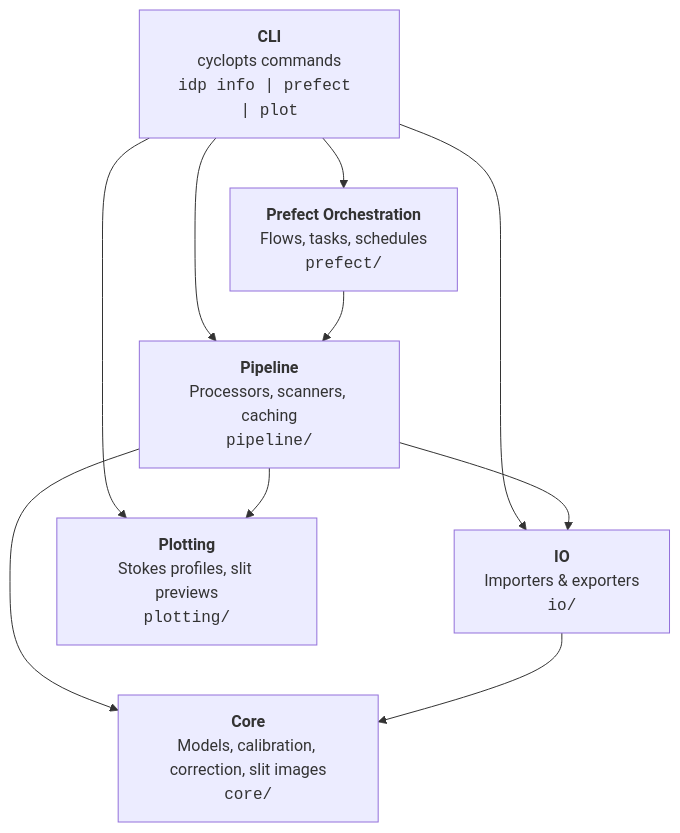
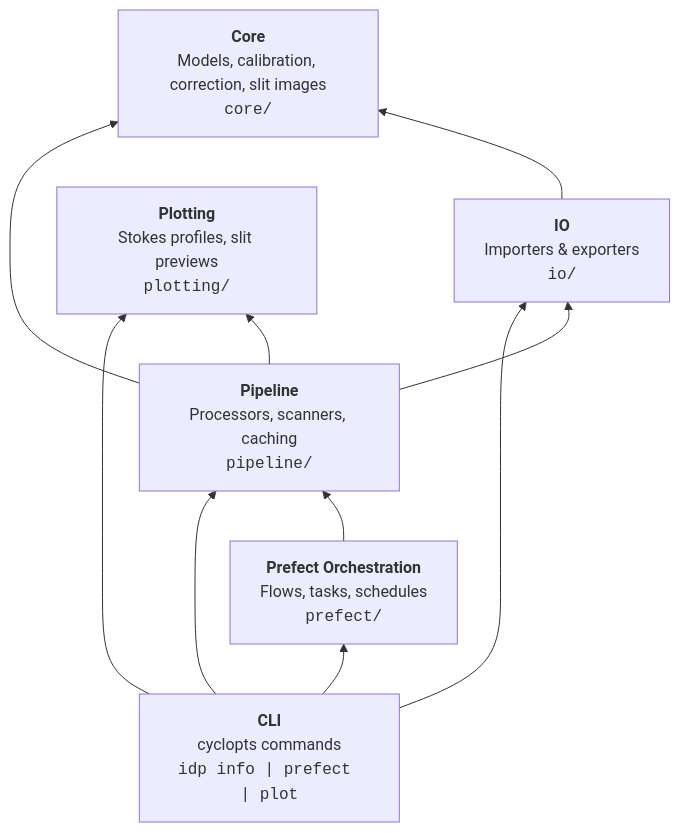
One commit to cdeldon/irsol-data-pipeline changed the first of 2 diagrams in docs/overview/architecture.md. Above: the diagram before and after it, drawn with Mermaid. The commit also changed other lines of this file and 10 other files, not shown here.

````diff
--- a/docs/overview/architecture.md
+++ b/docs/overview/architecture.md
@@ -9,19 +9,19 @@
 ```mermaid
-flowchart TB
+flowchart BT
     CLI["<b>CLI</b><br/>cyclopts commands<br/><code>idp info | prefect | plot</code>"]
     PREFECT["<b>Prefect Orchestration</b><br/>Flows, tasks, schedules<br/><code>prefect/</code>"]
     PIPELINE["<b>Pipeline</b><br/>Processors, scanners, caching<br/><code>pipeline/</code>"]
     IO["<b>IO</b><br/>Importers & exporters<br/><code>io/</code>"]
     CORE["<b>Core</b><br/>Models, calibration, correction, slit images<br/><code>core/</code>"]
     PLOTTING["<b>Plotting</b><br/>Stokes profiles, slit previews<br/><code>plotting/</code>"]
 
     CLI --> PREFECT
     CLI --> PIPELINE
     CLI --> IO
     CLI --> PLOTTING
     PREFECT --> PIPELINE
     PIPELINE --> IO
     PIPELINE --> CORE
     PIPELINE --> PLOTTING
     IO --> CORE
 ```
````
